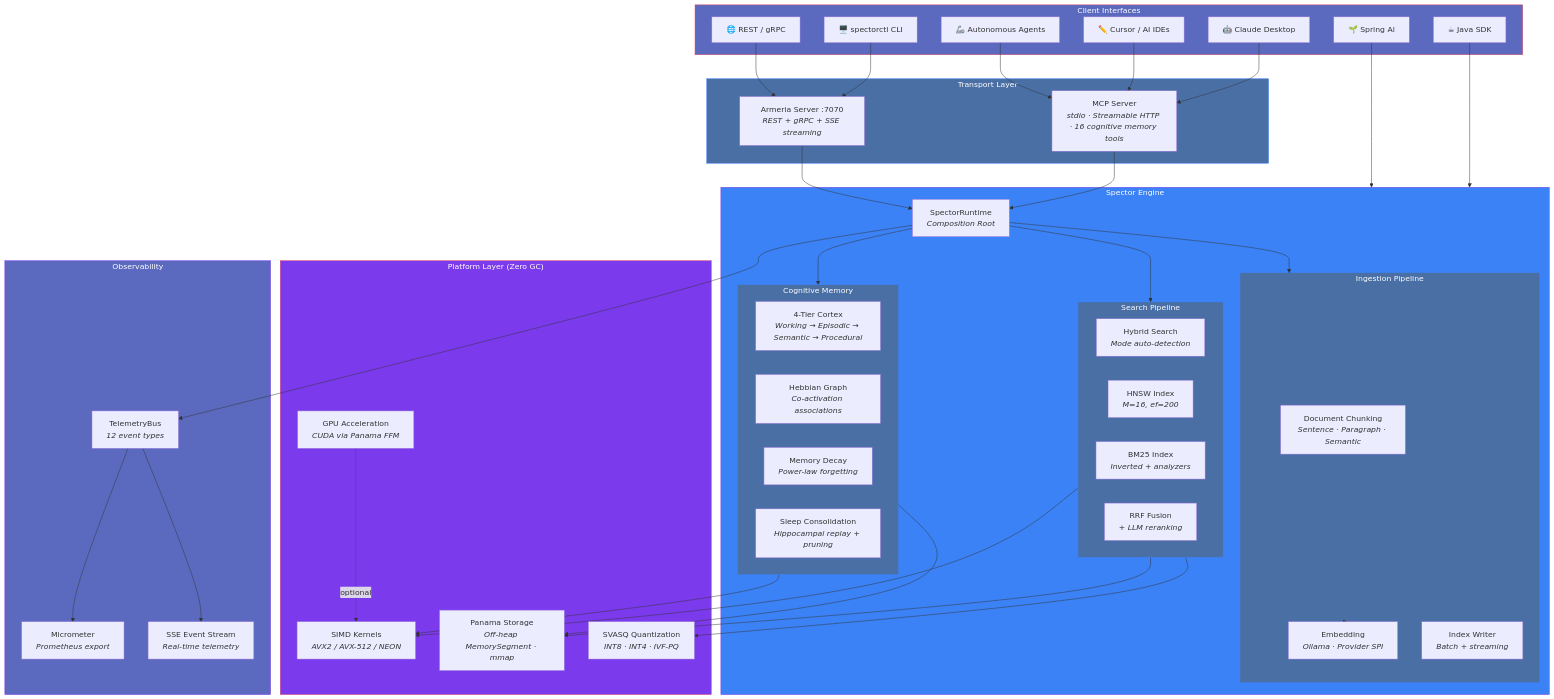
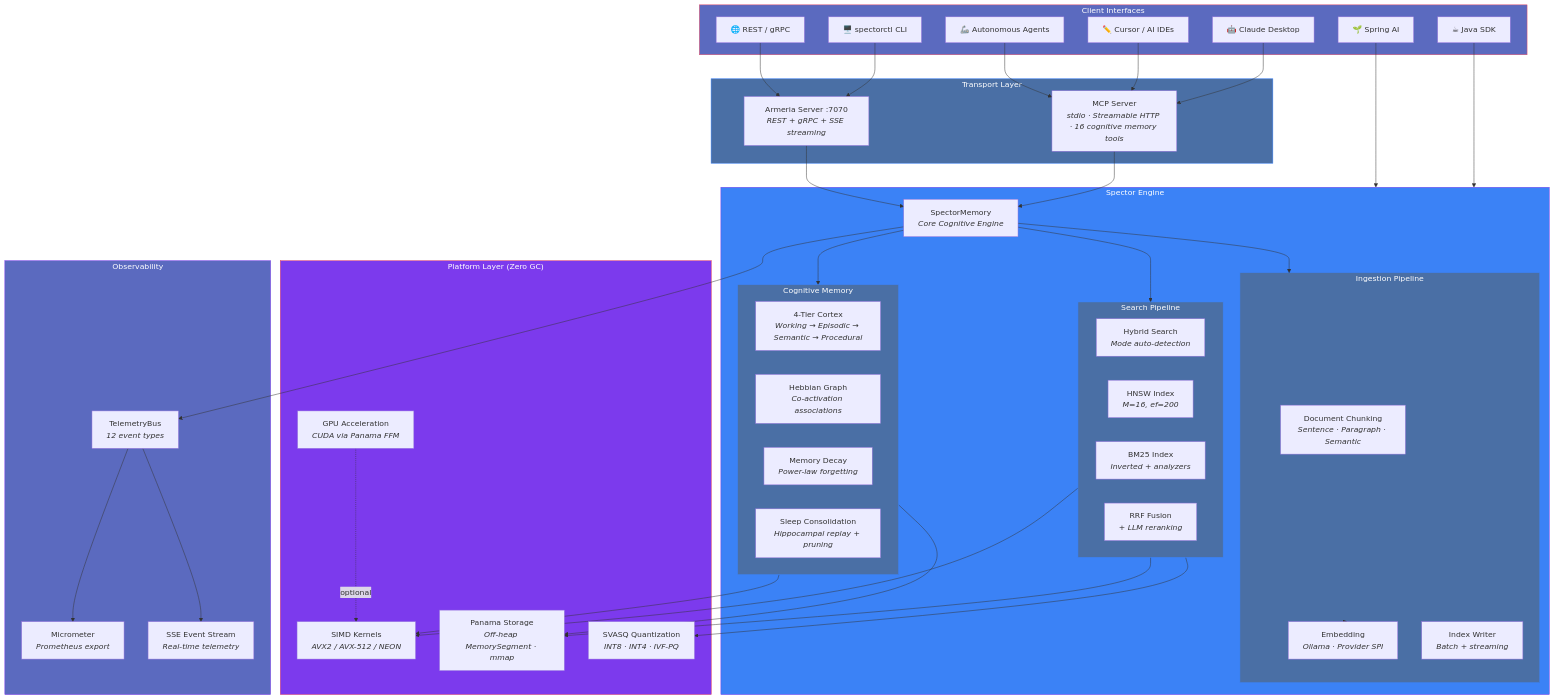
Before and after one commit to spectrayan/spector: the first of 12 diagrams in docs/docs/architecture/overview.md, drawn with Mermaid. The commit also changed other lines of this file and 125 other files, not shown here.

````diff
--- a/docs/docs/architecture/overview.md
+++ b/docs/docs/architecture/overview.md
@@ -14,79 +14,79 @@
 ```mermaid
 graph TB
     subgraph Clients["Client Interfaces"]
         claude["🤖 Claude Desktop"]
         cursor["✏️ Cursor / AI IDEs"]
         agents["🦾 Autonomous Agents"]
         sdk["☕ Java SDK"]
         spring["🌱 Spring AI"]
         cli["🖥️ spectorctl CLI"]
         rest["🌐 REST / gRPC"]
     end
 
     subgraph Transport["Transport Layer"]
         mcp["MCP Server<br/><i>stdio · Streamable HTTP · 16 cognitive memory tools</i>"]
         armeria["Armeria Server :7070<br/><i>REST + gRPC + SSE streaming</i>"]
     end
 
     subgraph Engine["Spector Engine"]
-        runtime["SpectorRuntime<br/><i>Composition Root</i>"]
+        runtime["SpectorMemory<br/><i>Core Cognitive Engine</i>"]
 
         subgraph Search["Search Pipeline"]
             hybrid["Hybrid Search<br/><i>Mode auto-detection</i>"]
             hnsw["HNSW Index<br/><i>M=16, ef=200</i>"]
             bm25["BM25 Index<br/><i>Inverted + analyzers</i>"]
             rrf["RRF Fusion<br/><i>+ LLM reranking</i>"]
         end
 
         subgraph Memory["Cognitive Memory"]
             cortex["4-Tier Cortex<br/><i>Working → Episodic → Semantic → Procedural</i>"]
             hebbian["Hebbian Graph<br/><i>Co-activation associations</i>"]
             decay["Memory Decay<br/><i>Power-law forgetting</i>"]
             consolidation["Sleep Consolidation<br/><i>Hippocampal replay + pruning</i>"]
         end
 
         subgraph Ingest["Ingestion Pipeline"]
             chunking["Document Chunking<br/><i>Sentence · Paragraph · Semantic</i>"]
             embedding["Embedding<br/><i>Ollama · Provider SPI</i>"]
             indexing["Index Writer<br/><i>Batch + streaming</i>"]
         end
     end
 
     subgraph Platform["Platform Layer (Zero GC)"]
         simd["SIMD Kernels<br/><i>AVX2 / AVX-512 / NEON</i>"]
         panama["Panama Storage<br/><i>Off-heap MemorySegment · mmap</i>"]
         quant["SVASQ Quantization<br/><i>INT8 · INT4 · IVF-PQ</i>"]
         gpu["GPU Acceleration<br/><i>CUDA via Panama FFM</i>"]
     end
 
     subgraph Observe["Observability"]
         events["TelemetryBus<br/><i>12 event types</i>"]
         metrics["Micrometer<br/><i>Prometheus export</i>"]
         sse["SSE Event Stream<br/><i>Real-time telemetry</i>"]
     end
 
     claude & cursor & agents --> mcp
     sdk & spring --> Engine
     cli & rest --> armeria
     mcp & armeria --> runtime
 
     runtime --> Search & Memory & Ingest
 
     Search --> simd & panama & quant
     Memory --> simd & panama
     Ingest --> embedding
 
     runtime --> events
     events --> metrics & sse
 
     gpu -.->|optional| simd
 
     style Clients fill:#5b6abf,stroke:#e94560,color:#fff
     style Transport fill:#4a6fa5,stroke:#3b82f6,color:#fff
     style Engine fill:#3b82f6,stroke:#7c3aed,color:#fff
     style Platform fill:#7c3aed,stroke:#e94560,color:#fff
     style Observe fill:#5b6abf,stroke:#7c3aed,color:#fff
     style Search fill:#4a6fa5,stroke:#3b82f6,color:#fff
     style Memory fill:#4a6fa5,stroke:#3b82f6,color:#fff
     style Ingest fill:#4a6fa5,stroke:#3b82f6,color:#fff
 ```
````
